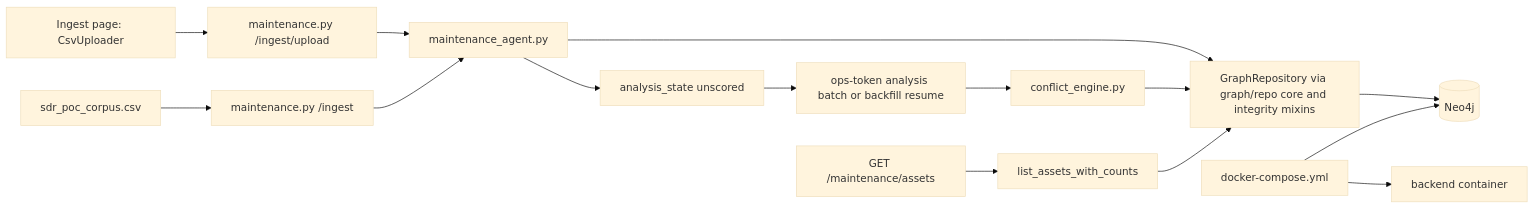
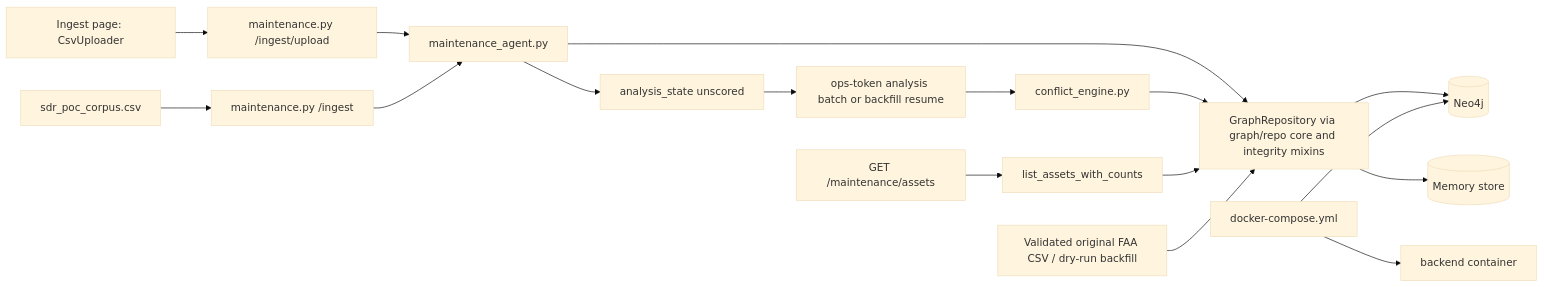
The diagram in knowledge/flows/FLOW-ingest.md (umaritics/halite), drawn with Mermaid (base theme) before and after one commit. The commit also changed other lines of this file and 20 other files, not shown here.

````diff
--- a/knowledge/flows/FLOW-ingest.md
+++ b/knowledge/flows/FLOW-ingest.md
@@ -26,17 +30,19 @@
 ```mermaid
 flowchart LR
   CSV[sdr_poc_corpus.csv] --> Route[maintenance.py /ingest]
   Upload[Ingest page: CsvUploader] --> UpRoute[maintenance.py /ingest/upload]
   UpRoute --> Agent
   Route --> Agent[maintenance_agent.py]
   Agent --> GR[GraphRepository via graph/repo core and integrity mixins]
   Agent --> U[analysis_state unscored]
   U --> Batch[ops-token analysis batch or backfill resume]
   Batch --> CE[conflict_engine.py]
   CE --> GR
   Assets[GET /maintenance/assets] --> Count[list_assets_with_counts]
   Count --> GR
+  Backfill[Validated original FAA CSV / dry-run backfill] --> GR
   GR --> N[(Neo4j)]
+  GR --> Memory[(Memory store)]
   Compose[docker-compose.yml] --> N
   Compose --> BE[backend container]
 ```
````
